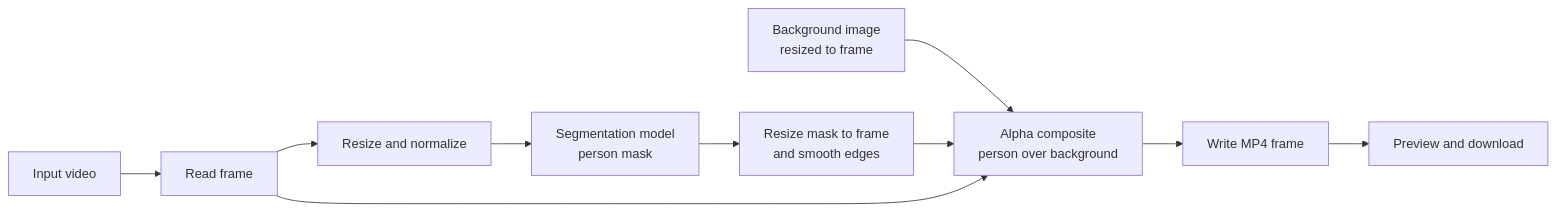
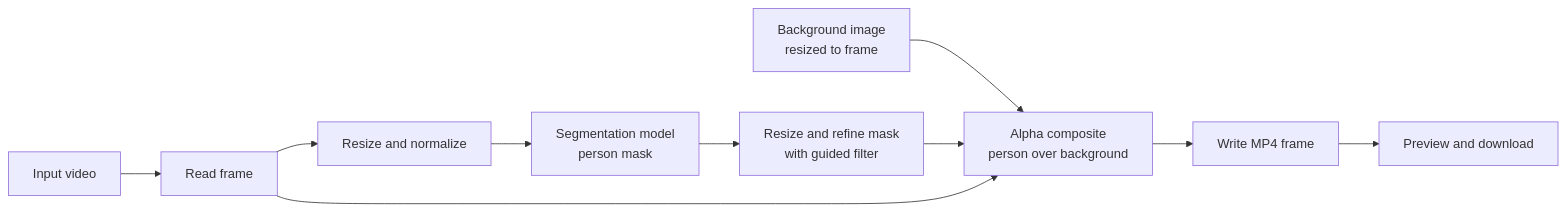
One commit to Rufaida-Kassem/background_changer changed the diagram in README.md. Above: the diagram before and after it, drawn with Mermaid. The commit also changed other lines of this file and 1 other file, not shown here.

Commit message:
Enhance mask refinement process and update README for clarity on edge-aware techniques

````diff
--- a/README.md
+++ b/README.md
@@ -37,12 +37,12 @@
 ```mermaid
 flowchart LR
     B[Input video] --> C[Read frame]
     C --> E[Resize and normalize]
     E --> M[Segmentation model<br/>person mask]
-    M --> S[Resize mask to frame<br/>and smooth edges]
+    M --> S[Resize and refine mask<br/>with guided filter]
     A[Background image<br/>resized to frame] --> D
     S --> D[Alpha composite<br/>person over background]
     C --> D
     D --> F[Write MP4 frame]
     F --> G[Preview and download]
 ```
````
